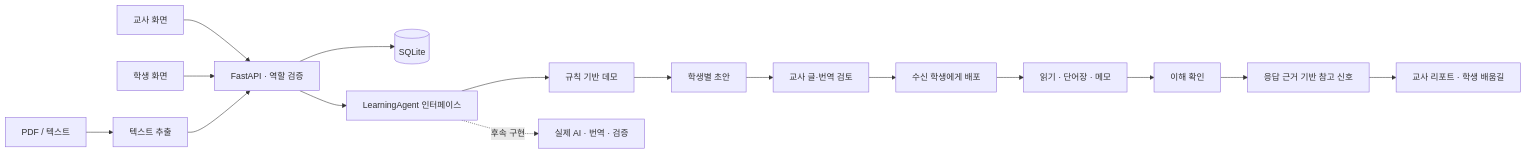
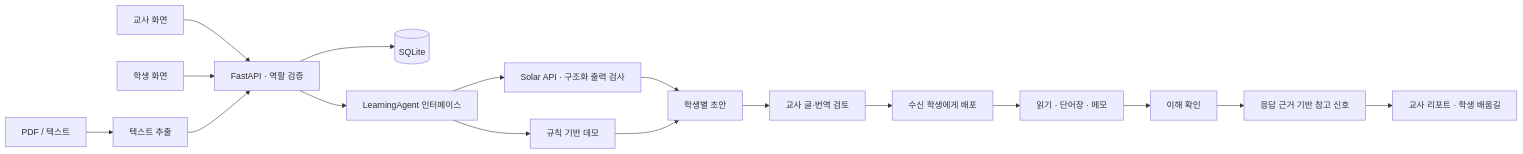
One commit to 5esnlj/2026-AX-Edu-PACE--- changed the first of 2 diagrams in docs/architecture.md. Above: the diagram before and after it, drawn with Mermaid. The commit also changed other lines of this file and 19 other files, not shown here.

Commit message:
feat: complete Solar API integration and Windows setup

````diff
--- a/docs/architecture.md
+++ b/docs/architecture.md
@@ -9,18 +9,19 @@
 ```mermaid
 flowchart LR
   T[교사 화면] --> API[FastAPI · 역할 검증]
   S[학생 화면] --> API
   API --> DB[(SQLite)]
   PDF[PDF / 텍스트] --> Extract[텍스트 추출]
   Extract --> API
   API --> Agent[LearningAgent 인터페이스]
   Agent --> Demo[규칙 기반 데모]
-  Agent -. 후속 구현 .-> LLM[실제 AI · 번역 · 검증]
+  Agent --> LLM[Solar API · 구조화 출력 검사]
+  LLM --> Draft
   Demo --> Draft[학생별 초안]
   Draft --> Review[교사 글·번역 검토]
   Review --> Publish[수신 학생에게 배포]
   Publish --> Study[읽기 · 단어장 · 메모]
   Study --> Quiz[이해 확인]
   Quiz --> Signal[응답 근거 기반 참고 신호]
   Signal --> Report[교사 리포트 · 학생 배움길]
 ```
````
